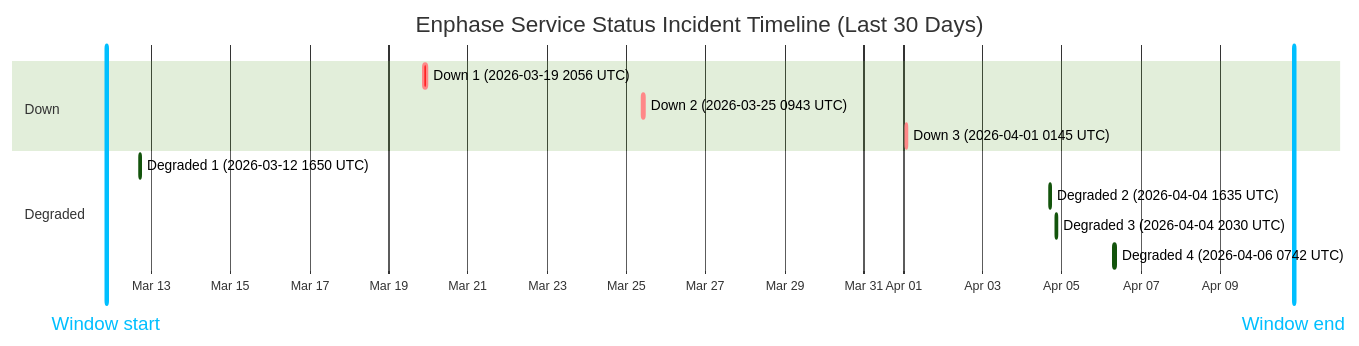
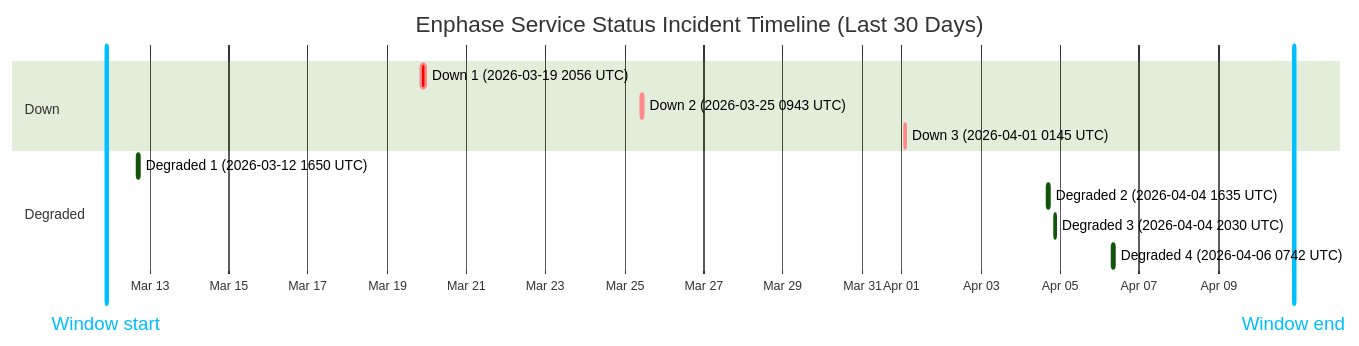
One commit to barneyonline/ha-enphase-ev-charger changed the diagram in wiki/Service-Status-History.md. Above: the diagram before and after it, drawn with Mermaid (forest theme). The commit also changed other lines of this file and 3 other files, not shown here.

````diff
--- a/wiki/Service-Status-History.md
+++ b/wiki/Service-Status-History.md
@@ -14,17 +14,17 @@
 ```mermaid
 gantt
     title Enphase Service Status Incident Timeline (Last 30 Days)
     dateFormat  YYYY-MM-DDTHH:mm:ss
     axisFormat  %b %d
-    Window start :vert, window-start, 2026-03-11T20:35:27, 0ms
-    Window end :vert, window-end, 2026-04-10T20:35:27, 0ms
+    Window start :vert, window-start, 2026-03-11T21:36:18, 0ms
+    Window end :vert, window-end, 2026-04-10T21:36:18, 0ms
     section Down
     Down 1 (2026-03-19 2056 UTC) :crit, down-1, 2026-03-19T20:56:20, 145m
     Down 2 (2026-03-25 0943 UTC) :crit, down-2, 2026-03-25T09:43:28, 111m
     Down 3 (2026-04-01 0145 UTC) :crit, down-3, 2026-04-01T01:45:09, 60m
     section Degraded
     Degraded 1 (2026-03-12 1650 UTC) :active, degraded-1, 2026-03-12T16:50:43, 60m
     Degraded 2 (2026-04-04 1635 UTC) :active, degraded-2, 2026-04-04T16:35:17, 60m
     Degraded 3 (2026-04-04 2030 UTC) :active, degraded-3, 2026-04-04T20:30:40, 60m
     Degraded 4 (2026-04-06 0742 UTC) :active, degraded-4, 2026-04-06T07:42:09, 85m
 ```
````
